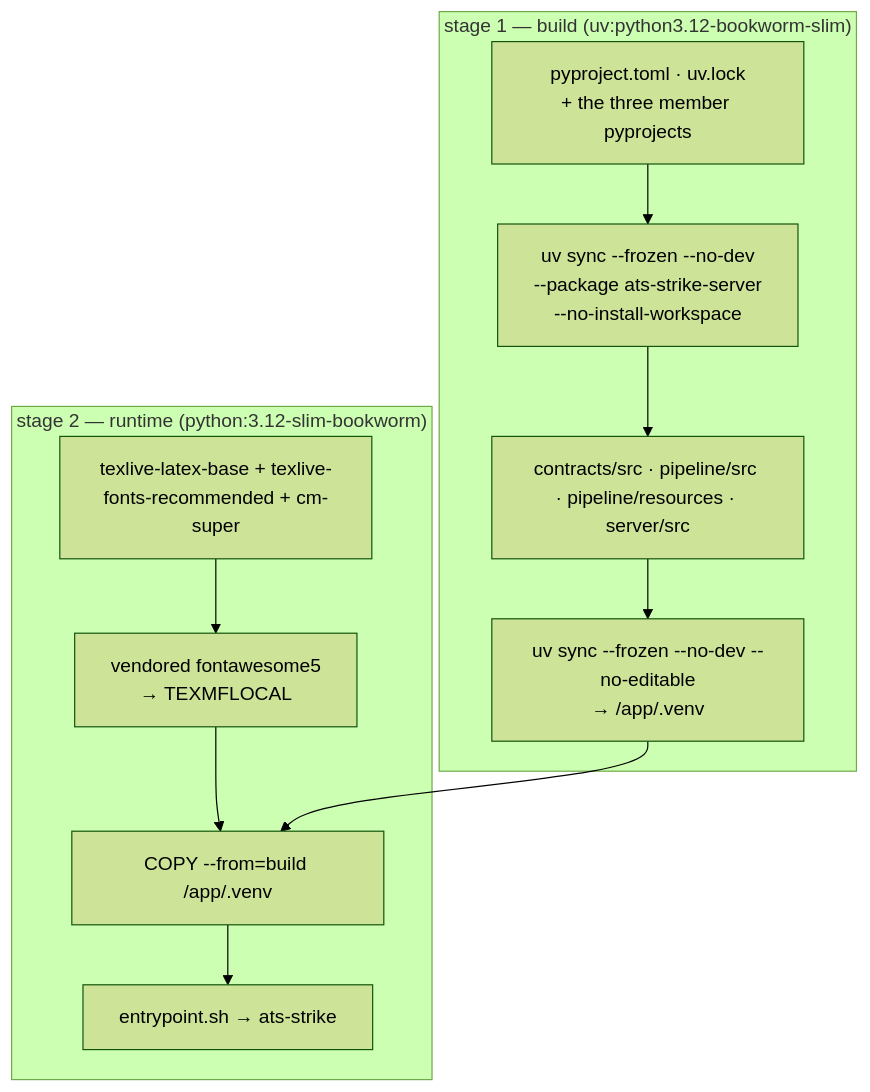
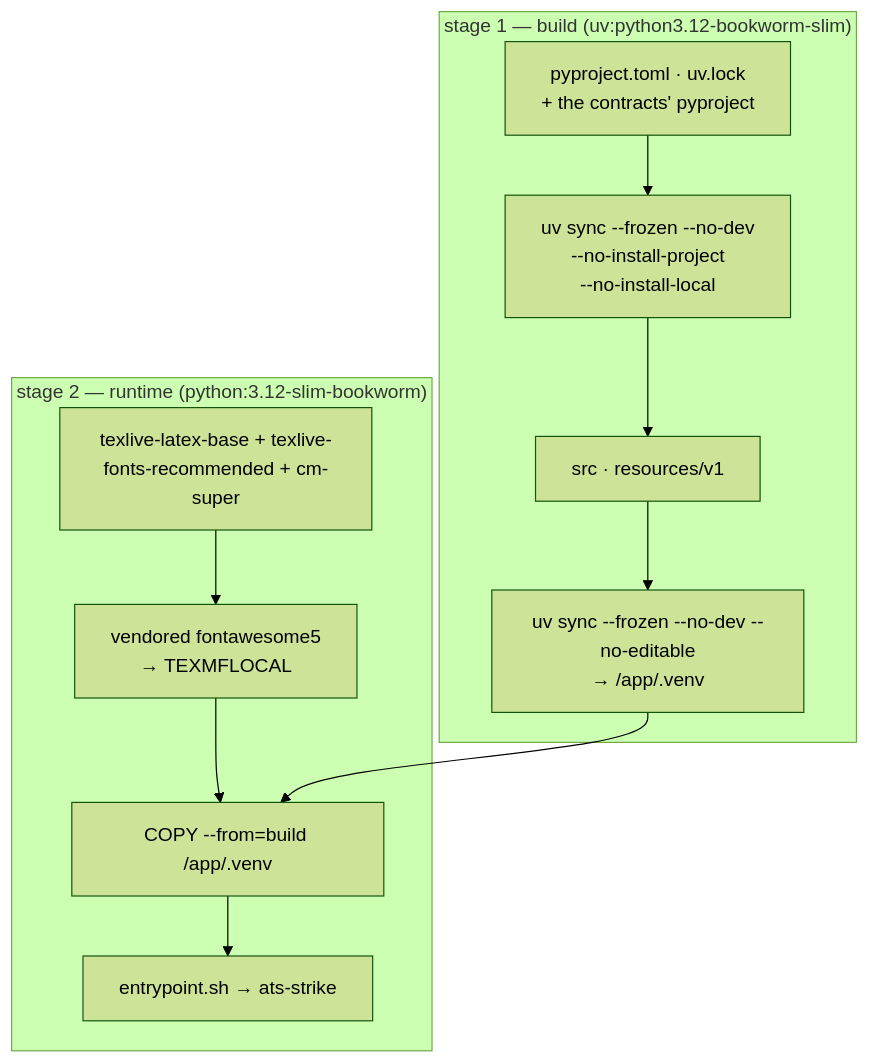
Before and after one commit to gcontini/ats-strike: the diagram in doc/build-server.md, drawn with Mermaid (forest theme). The commit also changed other lines of this file and 49 other files, not shown here.

````diff
--- a/doc/build-server.md
+++ b/doc/build-server.md
@@ -21,14 +22,14 @@
 ```mermaid
 flowchart TB
     subgraph s1["stage 1 — build (uv:python3.12-bookworm-slim)"]
-        L1["pyproject.toml · uv.lock<br/>+ the three member pyprojects"] --> L2["uv sync --frozen --no-dev<br/>--package ats-strike-server<br/>--no-install-workspace"]
-        L2 --> L3["contracts/src · pipeline/src · pipeline/resources · server/src"]
+        L1["pyproject.toml · uv.lock<br/>+ the contracts' pyproject"] --> L2["uv sync --frozen --no-dev<br/>--no-install-project<br/>--no-install-local"]
+        L2 --> L3["src · resources/v1"]
         L3 --> L4["uv sync --frozen --no-dev --no-editable<br/>→ /app/.venv"]
     end
     subgraph s2["stage 2 — runtime (python:3.12-slim-bookworm)"]
         R1["texlive-latex-base + texlive-fonts-recommended + cm-super"] --> R2["vendored fontawesome5<br/>→ TEXMFLOCAL"]
         R2 --> R3["COPY --from=build /app/.venv"]
         R3 --> R4["entrypoint.sh → ats-strike"]
     end
     L4 --> R3
 ```
````
